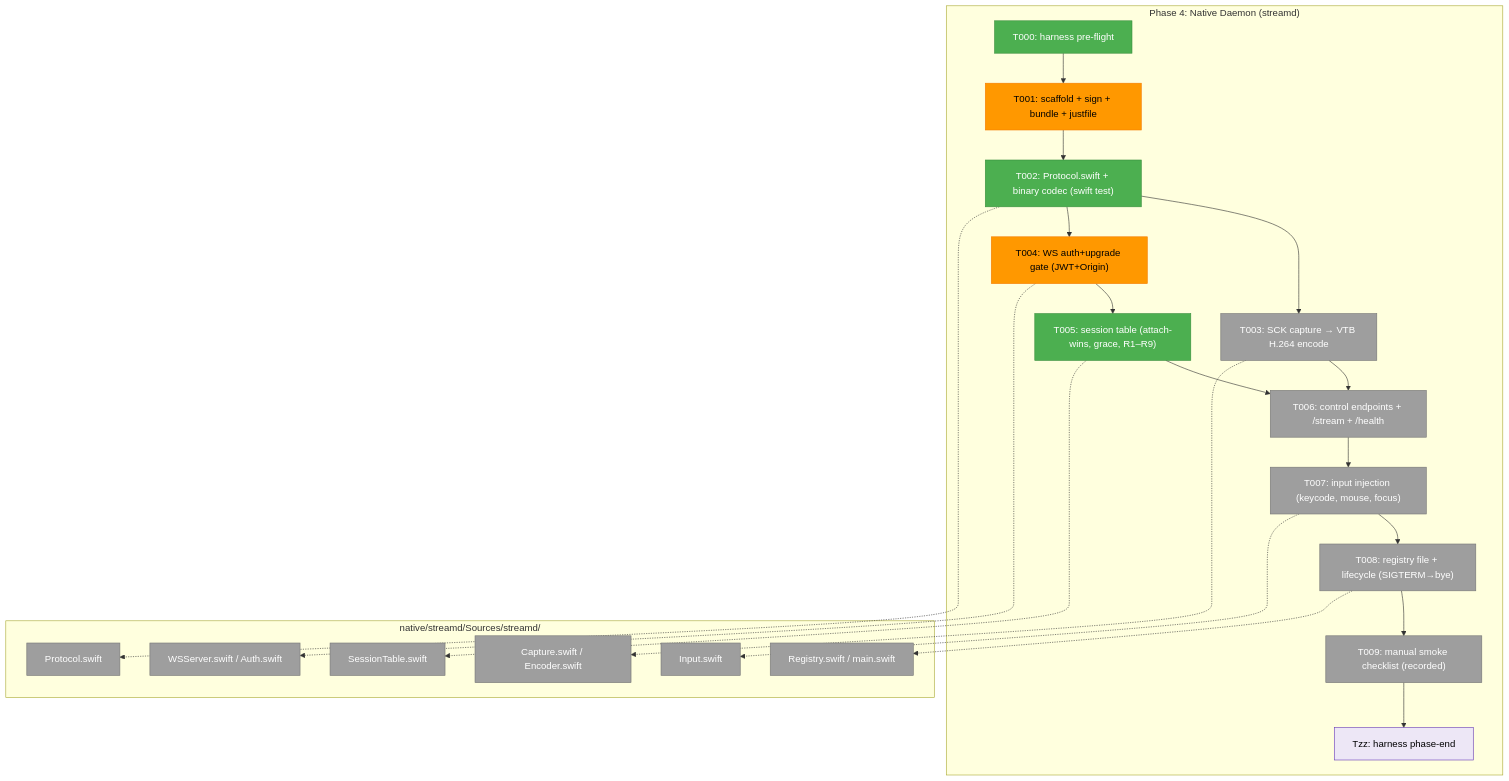
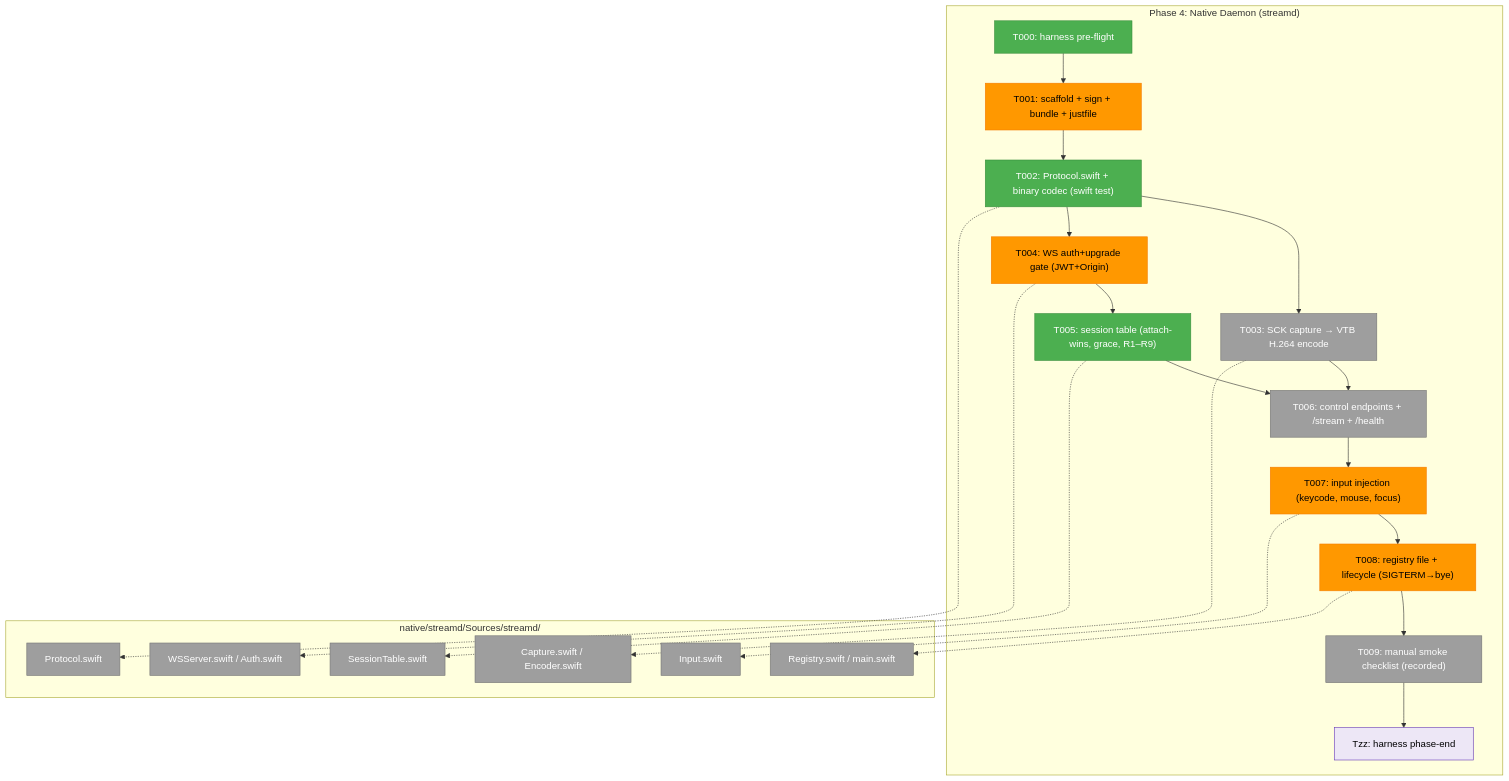
One commit to AI-Substrate/chainglass changed the first of 3 diagrams in docs/plans/088-remote-app-view/tasks/phase-4-native-daemon-swift/tasks.md. Above: the diagram before and after it, drawn with Mermaid. The commit also changed other lines of this file and 5 other files, not shown here.

First line of the commit message:
test(remote-view): T007 keycode map + T008 registry I/O — automatable halves, 53/53 (Plan 088 Phase 4)

````diff
--- a/docs/plans/088-remote-app-view/tasks/phase-4-native-daemon-swift/tasks.md
+++ b/docs/plans/088-remote-app-view/tasks/phase-4-native-daemon-swift/tasks.md
@@ -112,42 +112,42 @@
 ```mermaid
 flowchart TD
     classDef pending fill:#9E9E9E,stroke:#757575,color:#fff
     classDef seam fill:#EDE7F6,stroke:#673AB7,color:#000
     classDef test fill:#E3F2FD,stroke:#1976D2,color:#000
     classDef completed fill:#4CAF50,stroke:#388E3C,color:#fff
     classDef inprogress fill:#FF9800,stroke:#F57C00,color:#000
 
     subgraph Phase["Phase 4: Native Daemon (streamd)"]
         T000["T000: harness pre-flight"]:::completed
         T001["T001: scaffold + sign + bundle + justfile"]:::inprogress
         T002["T002: Protocol.swift + binary codec (swift test)"]:::completed
         T003["T003: SCK capture → VTB H.264 encode"]:::pending
         T004["T004: WS auth+upgrade gate (JWT+Origin)"]:::inprogress
         T005["T005: session table (attach-wins, grace, R1–R9)"]:::completed
         T006["T006: control endpoints + /stream + /health"]:::pending
-        T007["T007: input injection (keycode, mouse, focus)"]:::pending
-        T008["T008: registry file + lifecycle (SIGTERM→bye)"]:::pending
+        T007["T007: input injection (keycode, mouse, focus)"]:::inprogress
+        T008["T008: registry file + lifecycle (SIGTERM→bye)"]:::inprogress
         T009["T009: manual smoke checklist (recorded)"]:::pending
         Tzz["Tzz: harness phase-end"]:::seam
         T000 --> T001 --> T002 --> T003
         T002 --> T004 --> T005 --> T006
         T003 --> T006
         T006 --> T007 --> T008 --> T009 --> Tzz
     end
 
     subgraph Sources["native/streamd/Sources/streamd/"]
         F1["Protocol.swift"]:::pending
         F2["Capture.swift / Encoder.swift"]:::pending
         F3["WSServer.swift / Auth.swift"]:::pending
         F4["SessionTable.swift"]:::pending
         F5["Input.swift"]:::pending
         F6["Registry.swift / main.swift"]:::pending
     end
 
     T002 -.-> F1
     T003 -.-> F2
     T004 -.-> F3
     T005 -.-> F4
     T007 -.-> F5
     T008 -.-> F6
 ```
````
